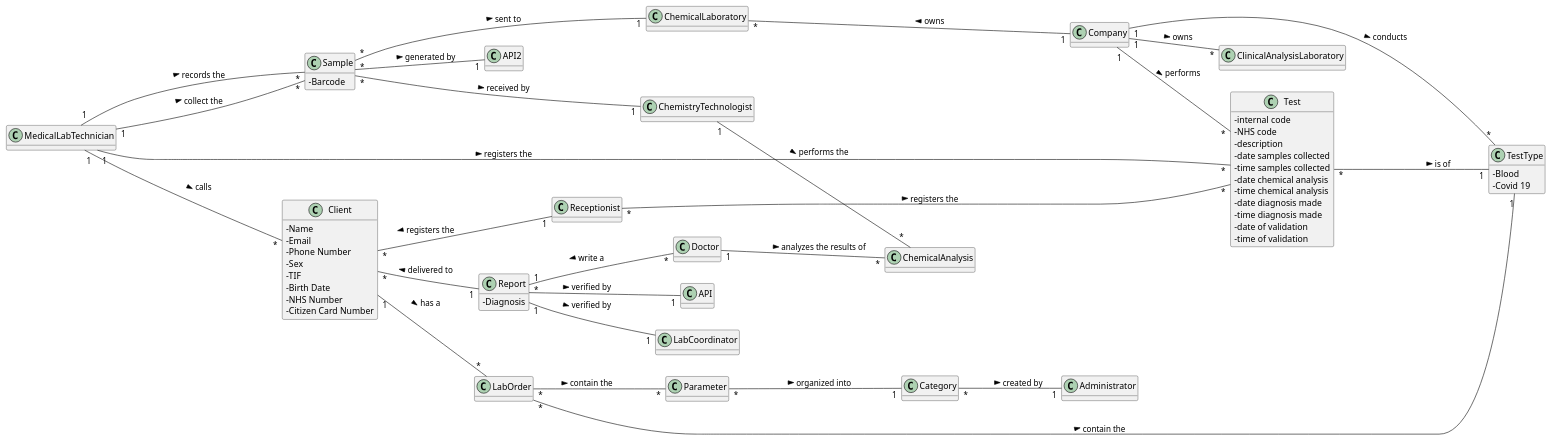
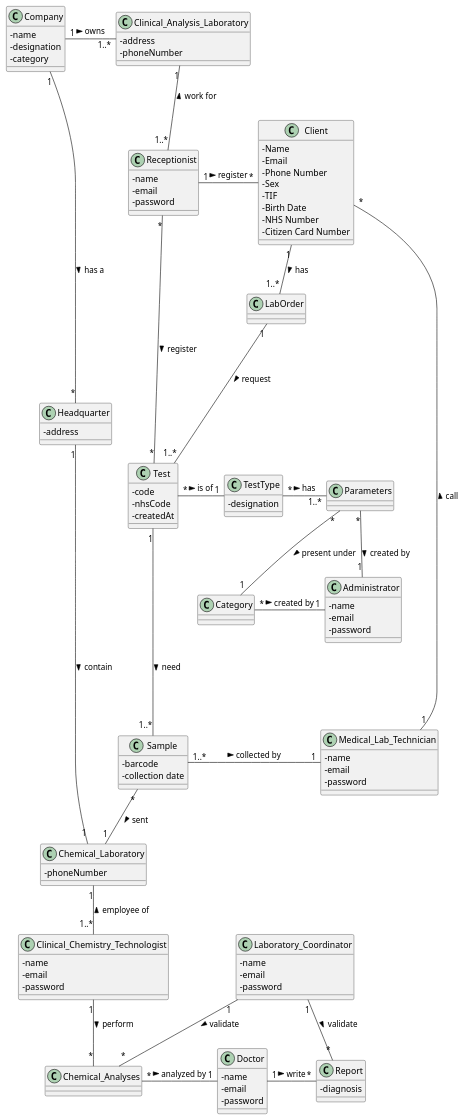
Before and after one commit to manu-07-ela/LAPR2_ISEP: the diagram in docs/SprintA/DM.puml, drawn with PlantUML. The commit also changed 1 other file, not shown here.

```diff
--- a/docs/SprintA/DM.puml
+++ b/docs/SprintA/DM.puml
@@ -1,126 +1,123 @@
 @startuml
 'https://plantuml.com/class-diagram
+skinparam classAttributeIconSize 0
+class Company
+class Headquarter
+class Clinical_Analysis_Laboratory
+class Receptionist
+class Test
+class TestType
+class Category
+class Parameters
+class Sample
+class Medical_Lab_Technician
+class Doctor
+class Report
+class Chemical_Analyses
+class Chemical_Laboratory
+class Clinical_Chemistry_Technologist
+class LabOrder
+class Client
+class Laboratory_Coordinator
+class Administrator
 
-hide methods
-left to right direction
-skinparam classAttributeIconSize 0
-
-class Company {
-
+class Company{
+-name
+-designation
+-category
 }
-
-class Receptionist {
-
+class Headquarter{
+-address
 }
-
-class Client {
+class Chemical_Laboratory{
+-phoneNumber
+}
+class Clinical_Chemistry_Technologist{
+-name
+-email
+-password
+}
+class Doctor{
+-name
+-email
+-password
+}
+class Report{
+-diagnosis
+}
+class Laboratory_Coordinator{
+-name
+-email
+-password
+}
+class Sample{
+-barcode
+-collection date
+}
+class Medical_Lab_Technician{
+-name
+-email
+-password
+}
+class Test{
+-code
+-nhsCode
+-createdAt
+}
+class TestType{
+-designation
+}
+class Administrator{
+-name
+-email
+-password
+}
+class Clinical_Analysis_Laboratory{
+-address
+-phoneNumber
+}
+class Receptionist{
+-name
+-email
+-password
+}
+class Client{
  - Name
  - Email
  - Phone Number
  - Sex
  - TIF
  - Birth Date
  - NHS Number
  - Citizen Card Number
 
 }
 
-class ChemistryTechnologist{
-}
-
-class Doctor {
-
-}
-
-class Administrator{
-
-}
-class LabCoordinator{
-}
+Company "1" - "1..*" Clinical_Analysis_Laboratory : owns >
+Company "1" ---- "*" Headquarter : has a >
+Headquarter "1" --- "1" Chemical_Laboratory : contain >
+Clinical_Analysis_Laboratory "1" --"1..*" Receptionist : < work for
+Receptionist "1" - "*" Client : register >
+Receptionist "*" - "*" Test : register >
+Client "1" -- "1..*" LabOrder : has >
+LabOrder "1" --- "1..*" Test : request >
+Test "*" - "1" TestType : is of >
+Test "1" ---- "1..*" Sample : need >
+Sample "1..*" - "1" Medical_Lab_Technician : collected by >
+Medical_Lab_Technician "1" ------- "*" Client : call >
+TestType "*" - "1..*" Parameters : has >
+Parameters "*" -- "1" Category : present under >
+Category "*" - "1" Administrator : created by >
+Sample "*" -- "1" Chemical_Laboratory : sent >
+Chemical_Laboratory "1" -- "1..*" Clinical_Chemistry_Technologist : < employee of
+Clinical_Chemistry_Technologist "1" -- "*" Chemical_Analyses : perform >
+Chemical_Analyses "*" - "1" Doctor : analyzed by >
+Doctor "1" - "*" Report : write >
+Laboratory_Coordinator "1" - "*" Chemical_Analyses : validate >
+Laboratory_Coordinator "1" -- "*" Report : validate >
+Administrator "1" -- "*" Parameters : < created by
 
 
-class LabOrder {
-
-}
-
-class Category {
-
-}
-
-class TestType {
-- Blood
-- Covid 19
-}
-
-class Sample {
-- Barcode
-}
-
-class ChemicalLaboratory{
-
-}
-
-class Report {
--Diagnosis
-
-}
-
-class Test {
-- internal code
-- NHS code
-- description
-- date samples collected
-- time samples collected
-- date chemical analysis
-- time chemical analysis
-- date diagnosis made
-- time diagnosis made
-- date of validation
-- time of validation
-}
-class Parameter {
-
-
-}
-
-
-class MedicalLabTechnician {
-
-}
-
-class ChemicalAnalysis {
-
-}
-
-class ClinicalAnalysisLaboratory{
-
-}
-
-ChemicalLaboratory "*" --- "1" Company: owns <
-Company "1" -- "*" ClinicalAnalysisLaboratory: owns >
-Company "1" -- "*" Test: performs >
-Company "1" -- "*" TestType: conducts >
-Test "*" --- "1" TestType: is of >
-Receptionist "*" -- "*" Test: registers the >
-LabOrder "*" ------ "1" TestType: contain the >
-MedicalLabTechnician "1" -- "*" Test: registers the >
-Client "1" -- "*" LabOrder: has a >
-LabOrder "*" -- "*" Parameter: contain the >
-Client "*" -- "1" Receptionist: registers the <
-MedicalLabTechnician "1" --- "*" Client: calls >
-Client "*" -- "1" Report: delivered to <
-Report "1" -- "*" Doctor: write a <
-Report "*" -- "1" API: verified by >
-Report "1" -- "1" LabCoordinator : verified by >
-Parameter "*" -- "1" Category: organized into >
-Category "*" -- "1" Administrator: created by >
-Doctor "1" -- "*" ChemicalAnalysis: analyzes the results of >
-ChemistryTechnologist "1" -- "*" ChemicalAnalysis: performs the >
-MedicalLabTechnician "1" -- "*" Sample: records the >
-MedicalLabTechnician "1" ---- "*" Sample: collect the >
-Sample "*" -- "1" API2: generated by >
-Sample "*" --- "1" ChemicalLaboratory: sent to >
-Sample "*" --- "1" ChemistryTechnologist: received by >
 
 
 @enduml
```
